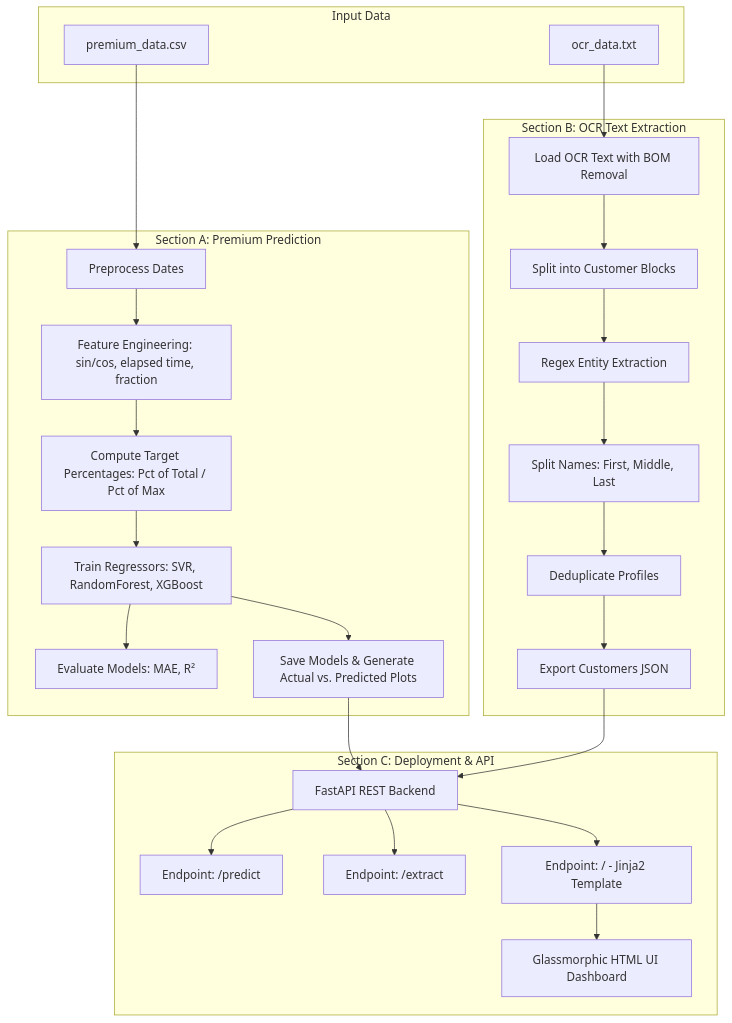
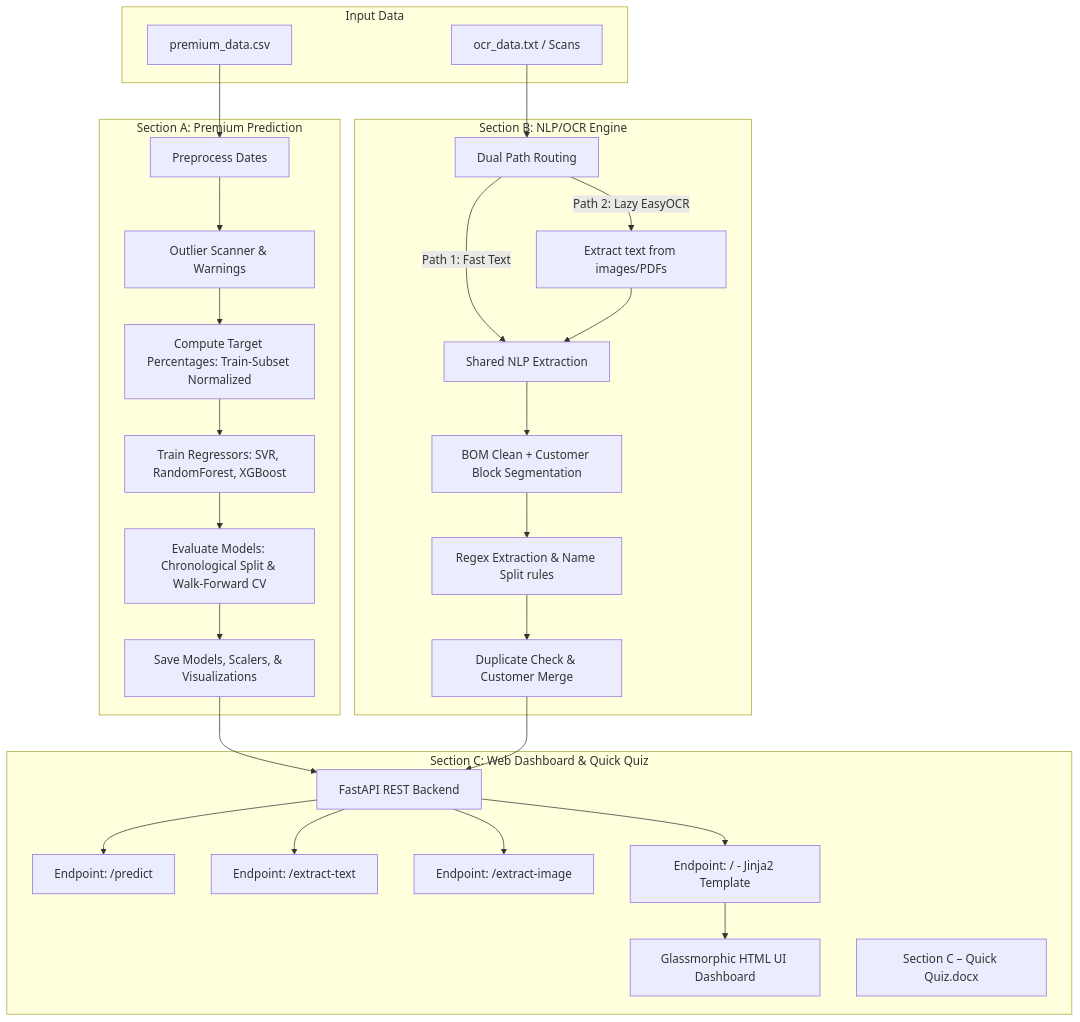
The diagram in README.md (sanjayx7/Prediction-with-OCR), drawn with Mermaid before and after one commit. The commit also changed other lines of this file, not shown here.

First line of the commit message:
docs: update README.md with comprehensive section descriptions and quick quiz reference

````diff
--- a/README.md
+++ b/README.md
@@ -9,35 +9,39 @@
 ```mermaid
 graph TD
     subgraph Input Data
         D1[premium_data.csv]
-        D2[ocr_data.txt]
+        D2[ocr_data.txt / Scans]
     end
 
     subgraph "Section A: Premium Prediction"
-        A1[Preprocess Dates] --> A2[Feature Engineering: sin/cos, elapsed time, fraction]
-        A2 --> A3[Compute Target Percentages: Pct of Total / Pct of Max]
+        A1[Preprocess Dates] --> A2[Outlier Scanner & Warnings]
+        A2 --> A3[Compute Target Percentages: Train-Subset Normalized]
         A3 --> A4[Train Regressors: SVR, RandomForest, XGBoost]
-        A4 --> A5[Evaluate Models: MAE, R²]
-        A4 --> A6[Save Models & Generate Actual vs. Predicted Plots]
+        A4 --> A5[Evaluate Models: Chronological Split & Walk-Forward CV]
+        A5 --> A6[Save Models, Scalers, & Visualizations]
     end
 
-    subgraph "Section B: OCR Text Extraction"
-        B1[Load OCR Text with BOM Removal] --> B2[Split into Customer Blocks]
-        B2 --> B3[Regex Entity Extraction]
-        B3 --> B4[Split Names: First, Middle, Last]
-        B4 --> B5[Deduplicate Profiles]
-        B5 --> B6[Export Customers JSON]
+    subgraph "Section B: NLP/OCR Engine"
+        B1[Dual Path Routing]
+        B1 -->|Path 1: Fast Text| B2[Shared NLP Extraction]
+        B1 -->|Path 2: Lazy EasyOCR| B3[Extract text from images/PDFs]
+        B3 --> B2
+        B2 --> B4[BOM Clean + Customer Block Segmentation]
+        B4 --> B5[Regex Extraction & Name Split rules]
+        B5 --> B6[Duplicate Check & Customer Merge]
     end
 
-    subgraph "Section C: Deployment & API"
+    subgraph "Section C: Web Dashboard & Quick Quiz"
         C1[FastAPI REST Backend] --> C2[Endpoint: /predict]
-        C1 --> C3[Endpoint: /extract]
-        C1 --> C4[Endpoint: / - Jinja2 Template]
-        C4 --> C5[Glassmorphic HTML UI Dashboard]
+        C1 --> C3[Endpoint: /extract-text]
+        C1 --> C4[Endpoint: /extract-image]
+        C1 --> C5[Endpoint: / - Jinja2 Template]
+        C5 --> C6[Glassmorphic HTML UI Dashboard]
+        C7[Section C – Quick Quiz.docx]
     end
 
     D1 --> A1
     D2 --> B1
     A6 --> C1
     B6 --> C1
 ```
````
